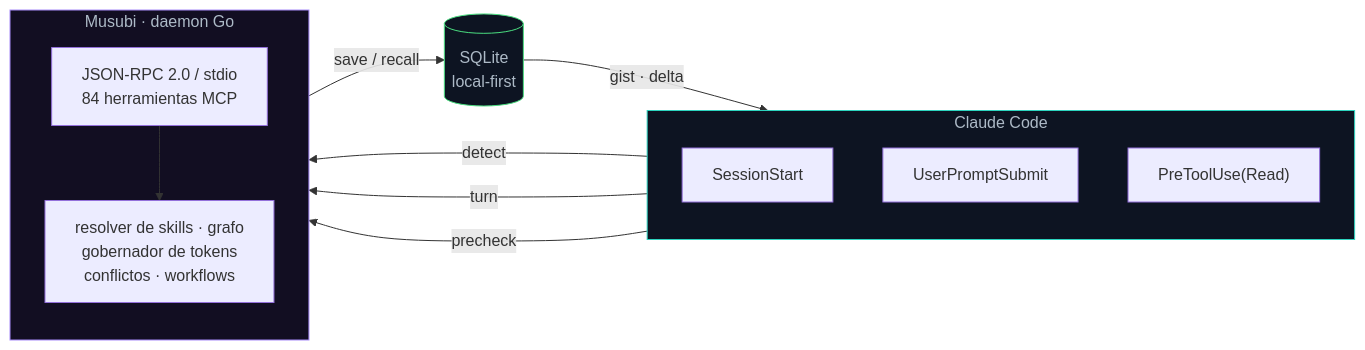
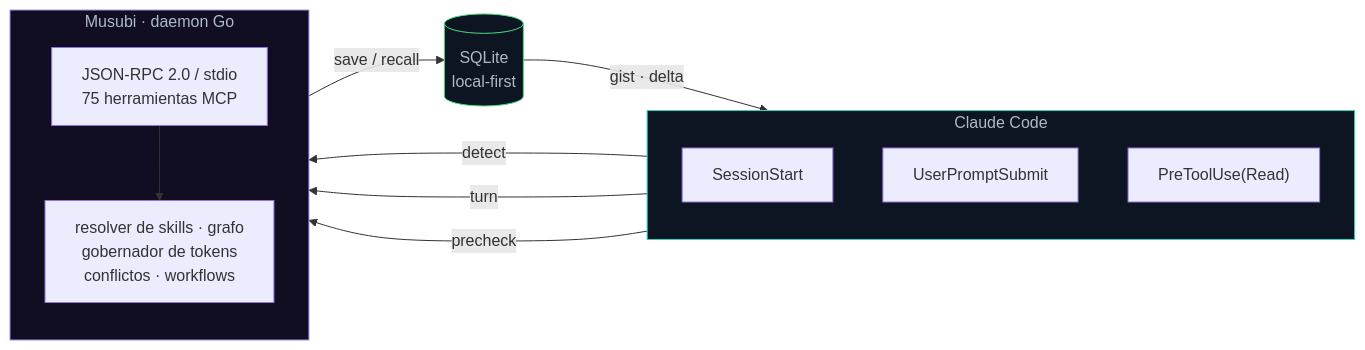
Before and after one commit to codeabraham16/musubi: the first of 3 diagrams in README.md, drawn with Mermaid. The commit also changed other lines of this file and 2 other files, not shown here.

````diff
--- a/README.md
+++ b/README.md
@@ -68,27 +68,27 @@
 ```mermaid
 flowchart LR
     subgraph CC["Claude Code"]
         direction TB
         H1["SessionStart"]
         H2["UserPromptSubmit"]
         H3["PreToolUse(Read)"]
     end
     subgraph M["Musubi · daemon Go"]
         direction TB
-        RPC["JSON-RPC 2.0 / stdio<br/>84 herramientas MCP"]
+        RPC["JSON-RPC 2.0 / stdio<br/>75 herramientas MCP"]
         COG["resolver de skills · grafo<br/>gobernador de tokens<br/>conflictos · workflows"]
     end
     DB[("SQLite<br/>local-first")]
 
     H1 -- "detect" --> RPC
     H2 -- "turn" --> RPC
     H3 -- "precheck" --> RPC
     RPC --> COG
     COG -- "save / recall" --> DB
     DB -- "gist · delta" --> CC
 
     classDef cc fill:#0d1422,stroke:#2dd4bf,color:#adbac7;
     classDef mm fill:#120e22,stroke:#a78bfa,color:#adbac7;
     classDef db fill:#0d1422,stroke:#4ade80,color:#adbac7;
     class CC cc; class M mm; class DB db;
 ```
````
